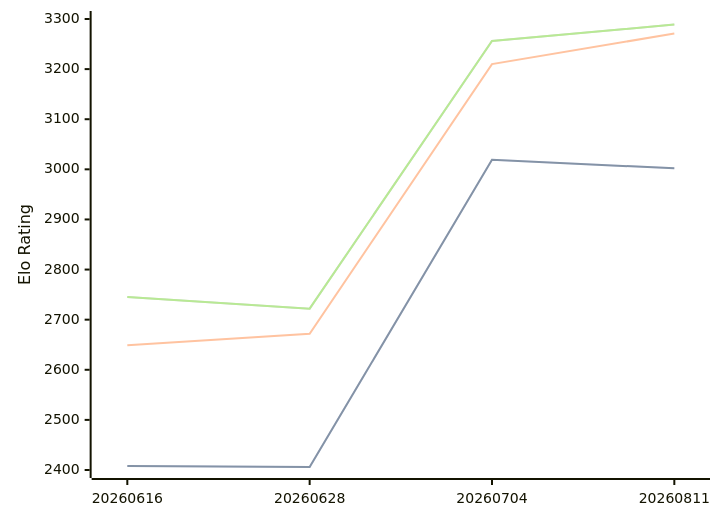
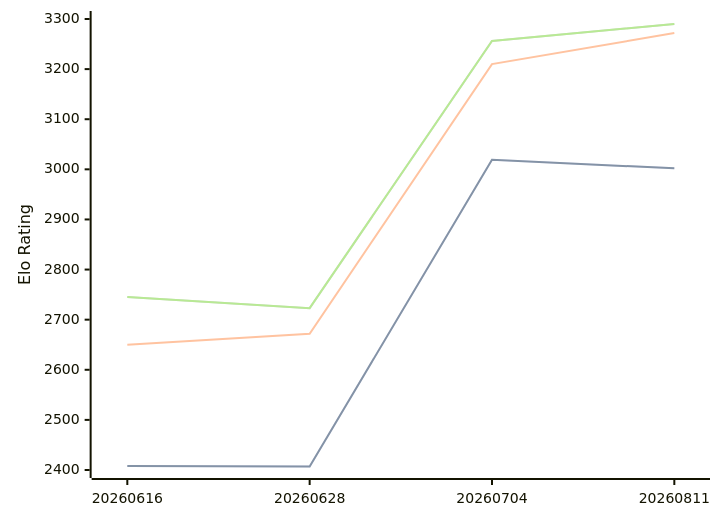
The diagram in engines/Askaig.md (computer-chess-index/cci), drawn with Mermaid before and after one commit. The commit also changed other lines of this file, not shown here.

Commit message:
Update CCI Ratings (ELO VLTC) - 2026-09-07

````diff
--- a/engines/Askaig.md
+++ b/engines/Askaig.md
@@ -36,11 +36,11 @@
 ```mermaid
 %%{init: {"theme":"base","themeVariables":{"seriesColors:['#a3a3a3','#222221','#faa371']}}}%%
 xychart-beta
   x-axis ["20260616", "20260628", "20260704", "20260811"]
   y-axis "Elo Rating" 2400 --> 3300
-  line "" [2408, 2406, 3019, 3002]
-  line "STC (8.0+0.08s)" [2408, 2406, 3019, 3002]
-  line "LTC (60.0+0.60s)" [2649, 2672, 3210, 3271]
-  line "" [2745, 2722, 3256, 3289]
-  line "VLTC (2m24s+1.12s)" [2745, 2722, 3256, 3289]
+  line "" [2408, 2407, 3019, 3002]
+  line "STC (8.0+0.08s)" [2408, 2407, 3019, 3002]
+  line "LTC (60.0+0.60s)" [2650, 2672, 3210, 3272]
+  line "" [2745, 2723, 3256, 3290]
+  line "VLTC (2m24s+1.12s)" [2745, 2723, 3256, 3290]
 ```
````
